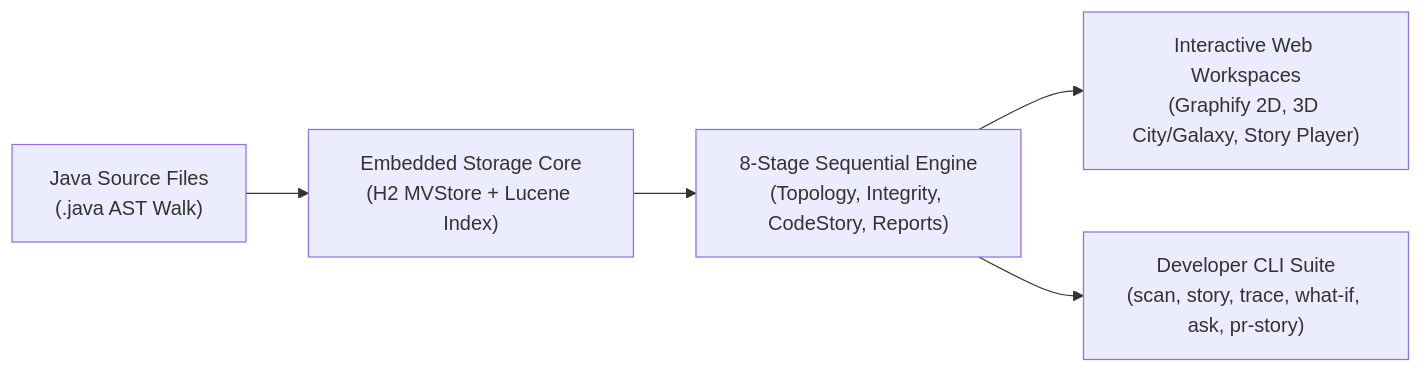
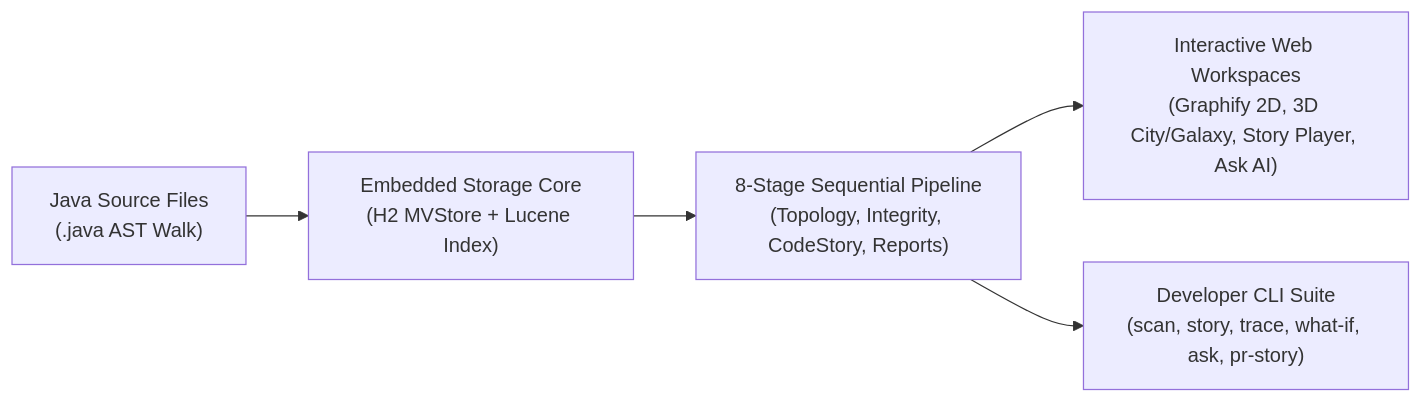
One commit to manvenpratap/codelens changed the diagram in wiki/Home.md. Above: the diagram before and after it, drawn with Mermaid. The commit also changed other lines of this file and 32 other files, not shown here.

Commit message:
docs: regenerate archify diagrams suite, add vector svgs, and update wiki documentation

````diff
--- a/wiki/Home.md
+++ b/wiki/Home.md
@@ -5,7 +9,7 @@
 ```mermaid
 flowchart LR
     A["Java Source Files\n(.java AST Walk)"] --> B["Embedded Storage Core\n(H2 MVStore + Lucene Index)"]
-    B --> C["8-Stage Sequential Engine\n(Topology, Integrity, CodeStory, Reports)"]
-    C --> D["Interactive Web Workspaces\n(Graphify 2D, 3D City/Galaxy, Story Player)"]
+    B --> C["8-Stage Sequential Pipeline\n(Topology, Integrity, CodeStory, Reports)"]
+    C --> D["Interactive Web Workspaces\n(Graphify 2D, 3D City/Galaxy, Story Player, Ask AI)"]
     C --> E["Developer CLI Suite\n(scan, story, trace, what-if, ask, pr-story)"]
 ```
````
